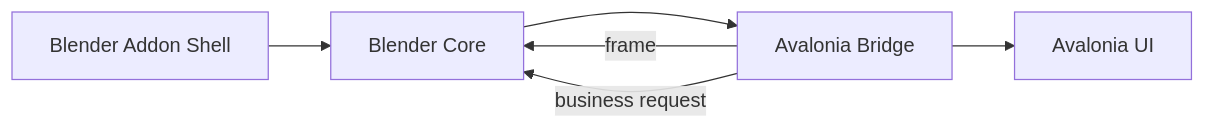
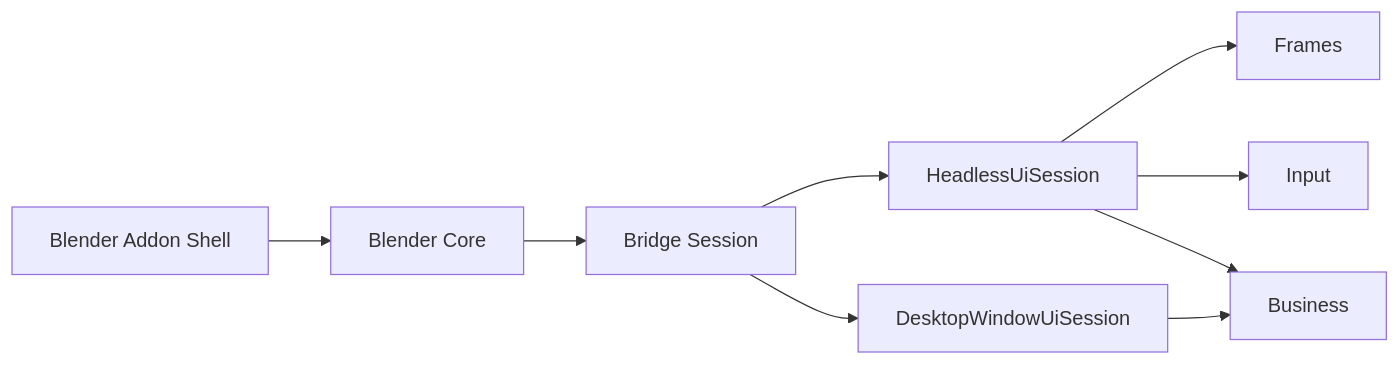
One commit to atticus-lv/BlenderAvaloniaBridge changed the first of 2 diagrams in docs/en/advanced/architecture.md. Above: the diagram before and after it, drawn with Mermaid. The commit also changed other lines of this file and 7 other files, not shown here.

````diff
--- a/docs/en/advanced/architecture.md
+++ b/docs/en/advanced/architecture.md
@@ -5,9 +5,14 @@
 ```mermaid
 flowchart LR
     A["Blender Addon Shell"] --> B["Blender Core"]
-    B --> C["Avalonia Bridge"]
-    C --> D["Avalonia UI"]
+    B --> C["Bridge Session"]
 
-    C -- "frame" --> B
-    C -- "business request" --> B
+    C --> D["HeadlessUiSession"]
+    C --> E["DesktopWindowUiSession"]
+
+    D --> F["Frames"]
+    D --> G["Input"]
+    D --> H["Business"]
+
+    E --> H
 ```
````
